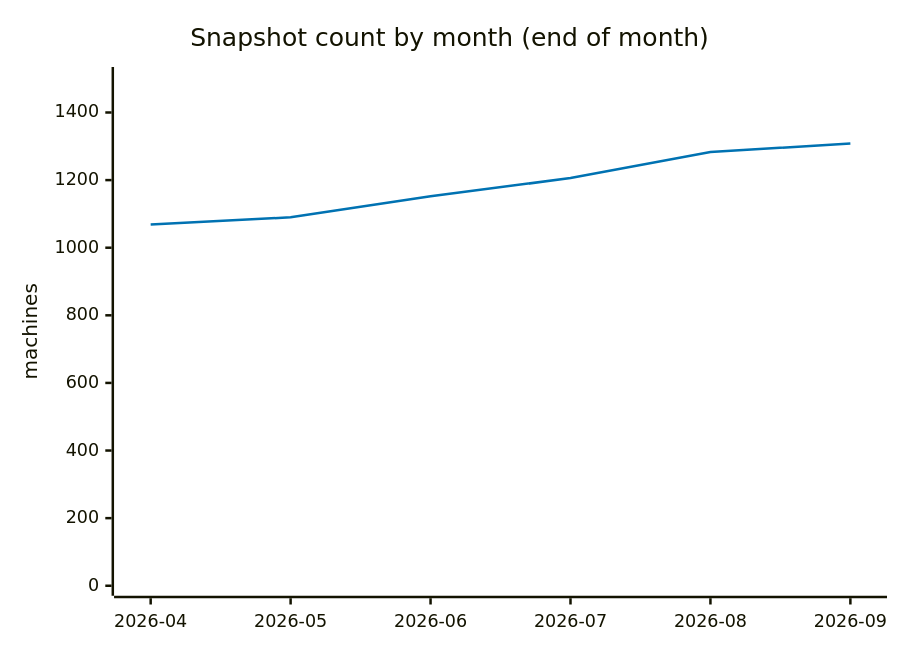
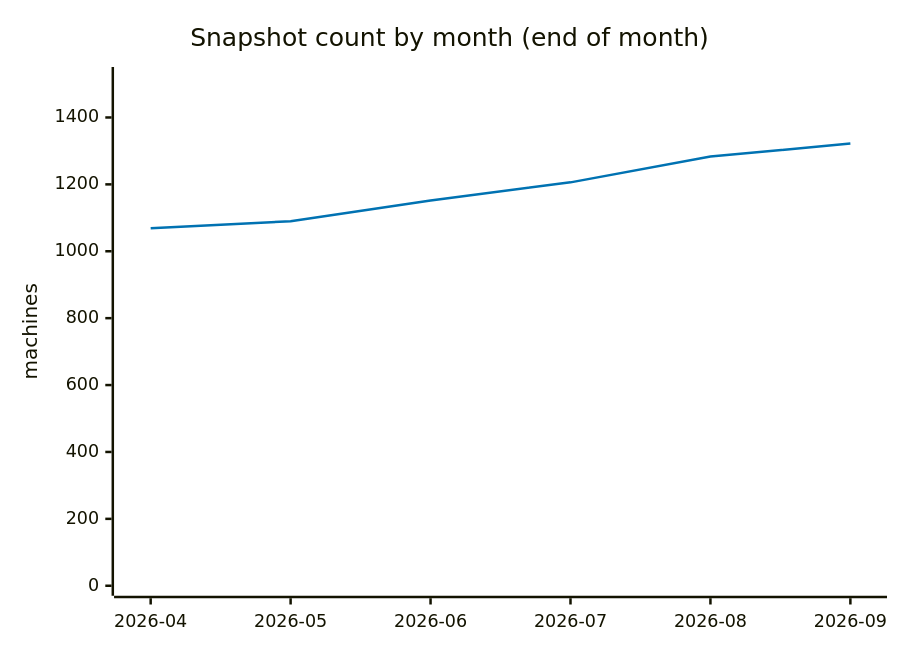
The sixth of 7 diagrams in ANALYSIS.md (cheeaun/returnright-data), drawn with Mermaid before and after one commit. The commit also changed other lines of this file and 3 other files, not shown here.

````diff
--- a/ANALYSIS.md
+++ b/ANALYSIS.md
@@ -291,13 +292,13 @@
 ```mermaid
 ---
 config:
   themeVariables:
     xyChart:
       plotColorPalette: "#0072B2"
 ---
 xychart-beta
     title "Snapshot count by month (end of month)"
     x-axis ["2026-04", "2026-05", "2026-06", "2026-07", "2026-08", "2026-09"]
-    y-axis "machines" 0 --> 1505
-    line [1069, 1090, 1152, 1206, 1283, 1308]
+    y-axis "machines" 0 --> 1521
+    line [1069, 1090, 1152, 1206, 1283, 1322]
 ```
````
